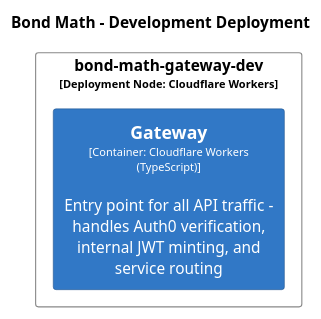
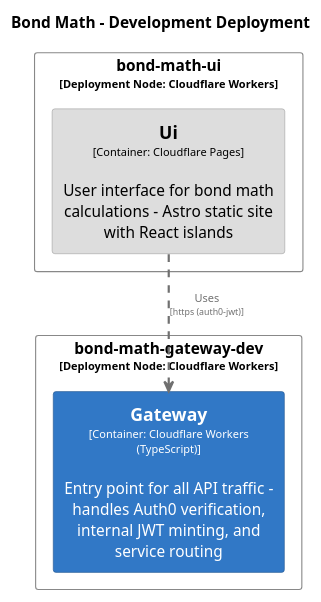
One commit to chrislyons-dev/bond-math changed the diagram in docs/architecture/diagrams/structurizr-Deployment_development.puml. Above: the diagram before and after it, drawn with PlantUML. The commit also changed 65 other files, not shown here.

```diff
--- a/docs/architecture/diagrams/structurizr-Deployment_development.puml
+++ b/docs/architecture/diagrams/structurizr-Deployment_development.puml
@@ -1,35 +1,52 @@
 @startuml
 set separator none
 title Bond Math - Development Deployment
 
 top to bottom direction
 skinparam ranksep 60
 skinparam nodesep 30
 
 skinparam {
   arrowFontSize 10
   defaultTextAlignment center
   wrapWidth 200
   maxMessageSize 100
 }
 
 hide stereotype
 
 skinparam rectangle<<Development.bondmathgatewaydev.Gateway_1>> {
   BackgroundColor #3178c6
   FontColor #ffffff
   BorderColor #22548a
   shadowing false
 }
+skinparam rectangle<<Development.bondmathui.Ui_1>> {
+  BackgroundColor #dddddd
+  FontColor #000000
+  BorderColor #9a9a9a
+  shadowing false
+}
 skinparam rectangle<<Development.bondmathgatewaydev>> {
+  BackgroundColor #ffffff
+  FontColor #000000
+  BorderColor #888888
+  shadowing false
+}
+skinparam rectangle<<Development.bondmathui>> {
   BackgroundColor #ffffff
   FontColor #000000
   BorderColor #888888
   shadowing false
 }
 
 rectangle "bond-math-gateway-dev\n<size:10>[Deployment Node: Cloudflare Workers]</size>" <<Development.bondmathgatewaydev>> as Development.bondmathgatewaydev {
   rectangle "==Gateway\n<size:10>[Container: Cloudflare Workers (TypeScript)]</size>\n\nEntry point for all API traffic - handles Auth0 verification, internal JWT minting, and service routing" <<Development.bondmathgatewaydev.Gateway_1>> as Development.bondmathgatewaydev.Gateway_1
 }
 
+rectangle "bond-math-ui\n<size:10>[Deployment Node: Cloudflare Workers]</size>" <<Development.bondmathui>> as Development.bondmathui {
+  rectangle "==Ui\n<size:10>[Container: Cloudflare Pages]</size>\n\nUser interface for bond math calculations - Astro static site with React islands" <<Development.bondmathui.Ui_1>> as Development.bondmathui.Ui_1
+}
+
+Development.bondmathui.Ui_1 .[#707070,thickness=2].> Development.bondmathgatewaydev.Gateway_1 : "<color:#707070>Uses\n<color:#707070><size:8>[https (auth0-jwt)]</size>"
 @enduml
```
